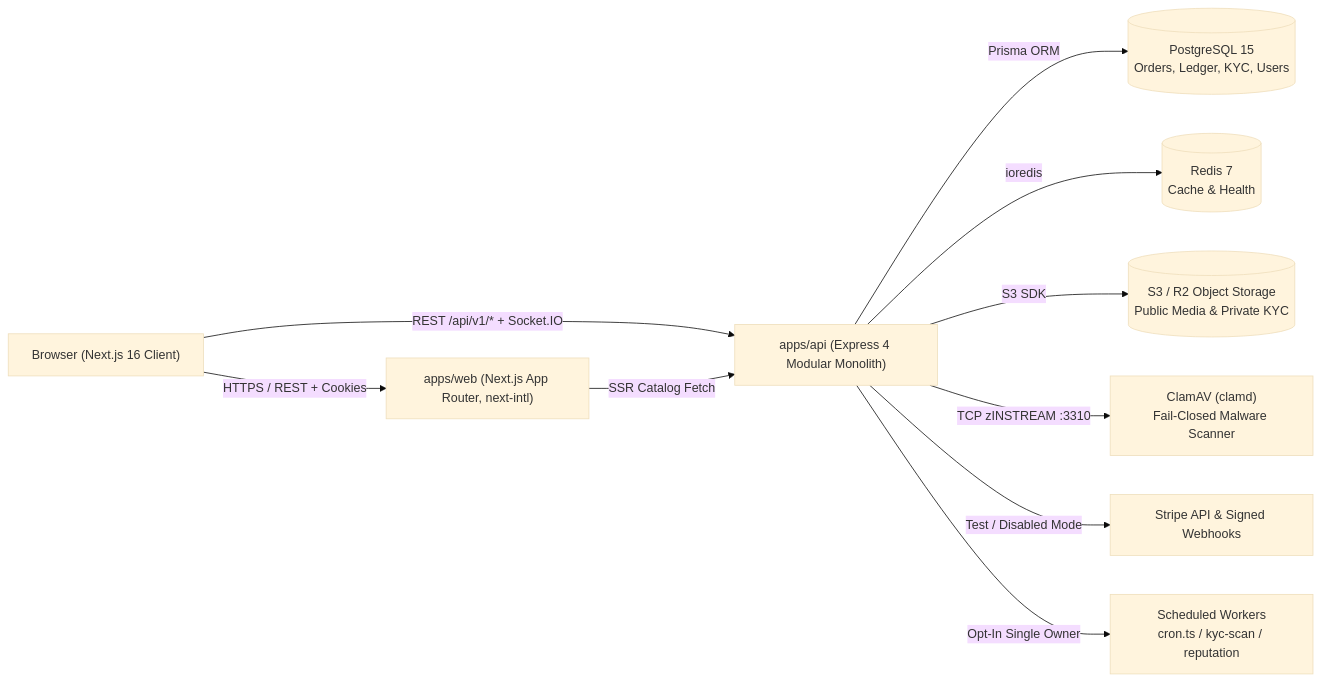
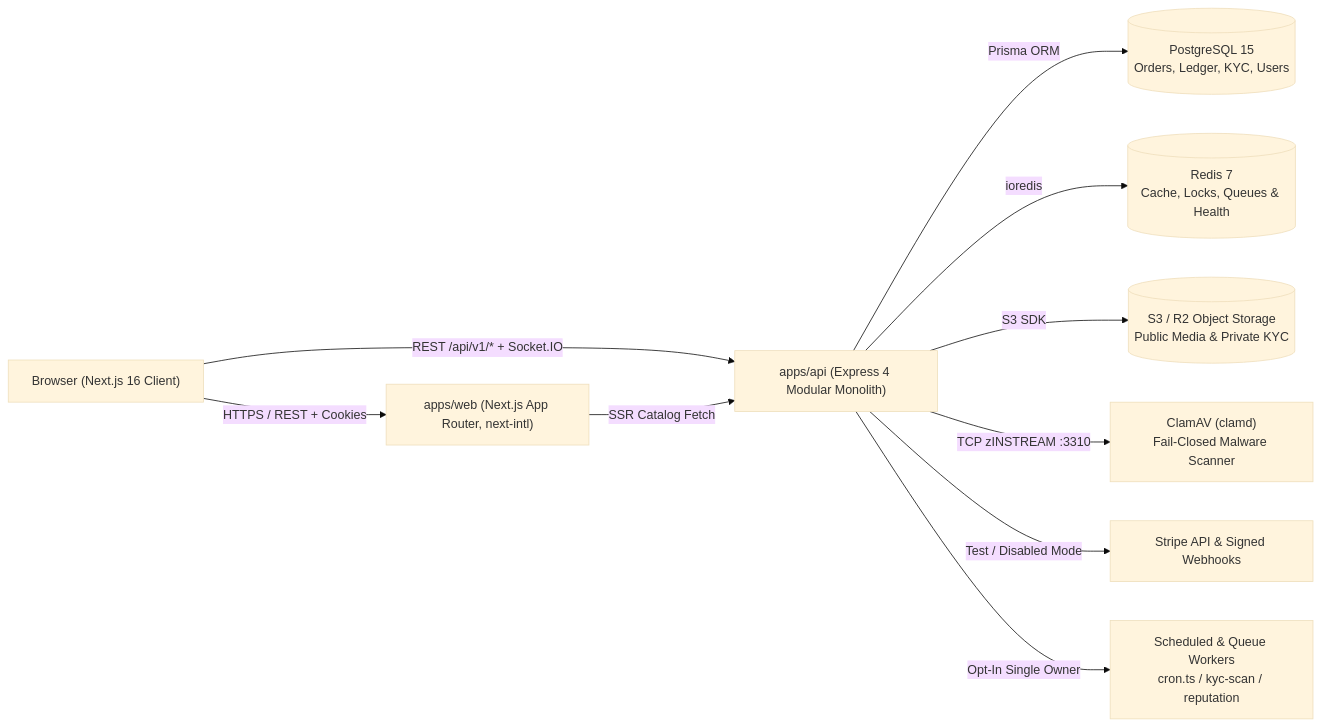
Before and after one commit to ngophong123/TASCORA: the first of 2 diagrams in README.md, drawn with Mermaid (base theme). The commit also changed other lines of this file and 5 other files, not shown here.

````diff
--- a/README.md
+++ b/README.md
@@ -55,13 +61,13 @@
 ```mermaid
 flowchart LR
     Browser["Browser (Next.js 16 Client)"] -->|HTTPS / REST + Cookies| Web["apps/web (Next.js App Router, next-intl)"]
     Browser -->|REST /api/v1/* + Socket.IO| API["apps/api (Express 4 Modular Monolith)"]
     Web -->|SSR Catalog Fetch| API
 
     API -->|Prisma ORM| PG[("PostgreSQL 15\nOrders, Ledger, KYC, Users")]
-    API -->|ioredis| Redis[("Redis 7\nCache & Health")]
+    API -->|ioredis| Redis[("Redis 7\nCache, Locks, Queues & Health")]
     API -->|S3 SDK| S3[("S3 / R2 Object Storage\nPublic Media & Private KYC")]
     API -->|TCP zINSTREAM :3310| ClamAV["ClamAV (clamd)\nFail-Closed Malware Scanner"]
     API -->|Test / Disabled Mode| Stripe["Stripe API & Signed Webhooks"]
-    API -->|Opt-In Single Owner| Workers["Scheduled Workers\ncron.ts / kyc-scan / reputation"]
+    API -->|Opt-In Single Owner| Workers["Scheduled & Queue Workers\ncron.ts / kyc-scan / reputation"]
 ```
````
